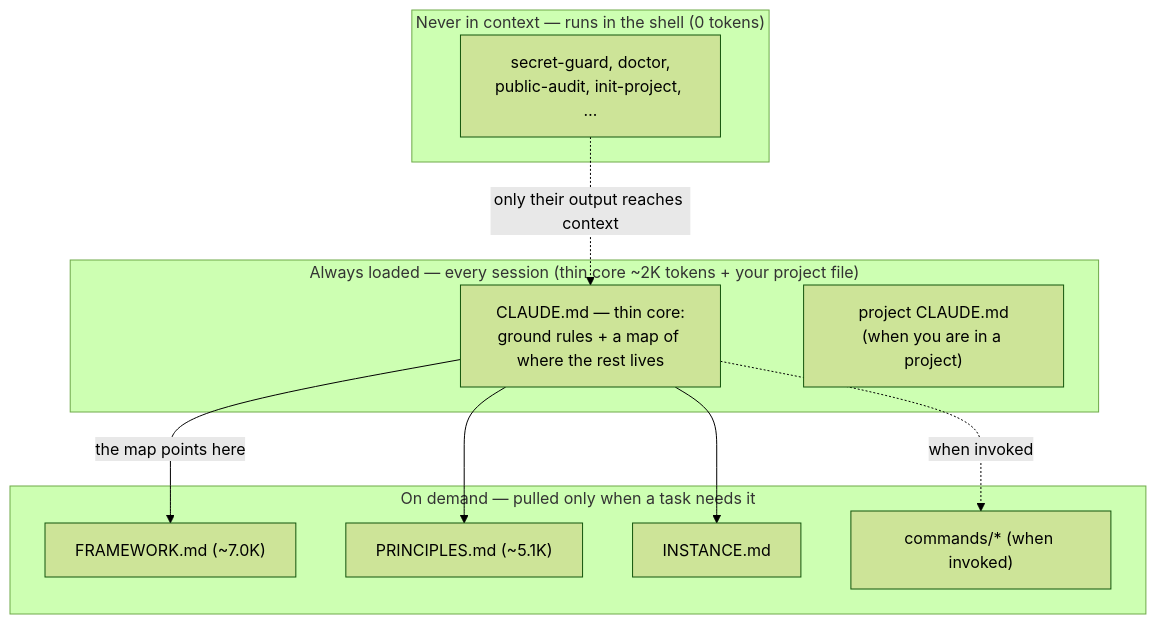
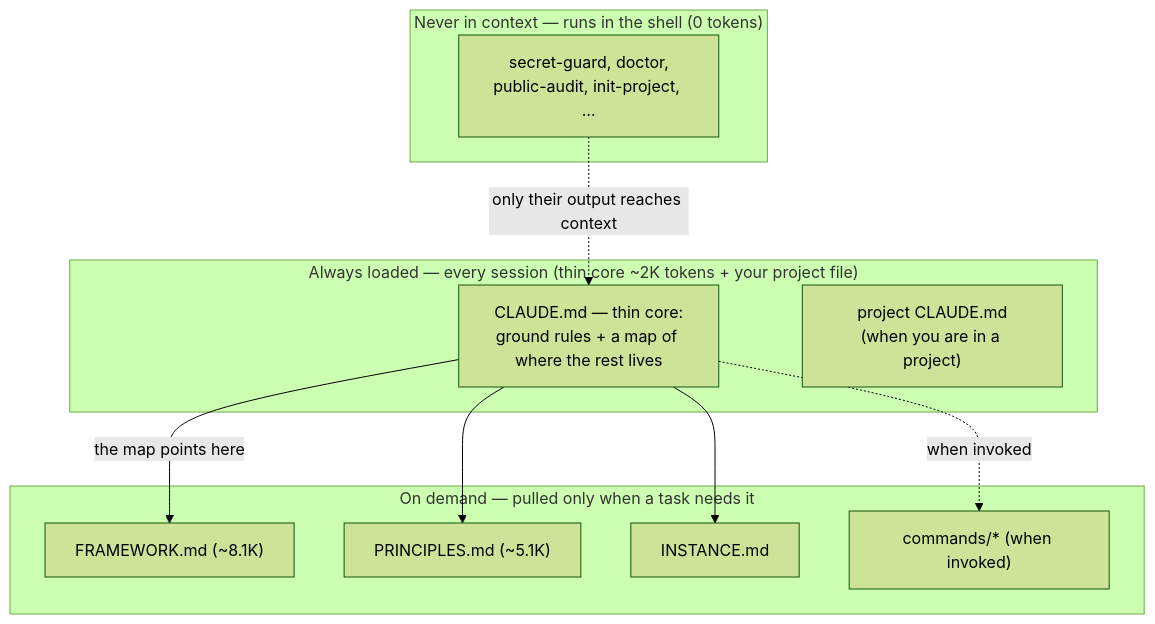
Before and after one commit to rockerlabs/keel: the diagram in README.md, drawn with Mermaid (forest theme). The commit also changed 4 other files, not shown here.

````diff
--- a/README.md
+++ b/README.md
@@ -120,21 +120,21 @@
 ```mermaid
 flowchart TD
     subgraph always["Always loaded — every session (thin core ~2K tokens + your project file)"]
         core["CLAUDE.md — thin core:<br/>ground rules + a map of where the rest lives"]
         proj["project CLAUDE.md<br/>(when you are in a project)"]
     end
     subgraph demand["On demand — pulled only when a task needs it"]
-        fw["FRAMEWORK.md (~7.0K)"]
+        fw["FRAMEWORK.md (~8.1K)"]
         prin["PRINCIPLES.md (~5.1K)"]
         inst["INSTANCE.md"]
         cmd["commands/* (when invoked)"]
     end
     subgraph never["Never in context — runs in the shell (0 tokens)"]
         tools["secret-guard, doctor,<br/>public-audit, init-project, …"]
     end
     core -->|the map points here| fw
     core --> prin
     core --> inst
     core -.->|when invoked| cmd
     tools -.->|only their output reaches context| core
 ```
````
